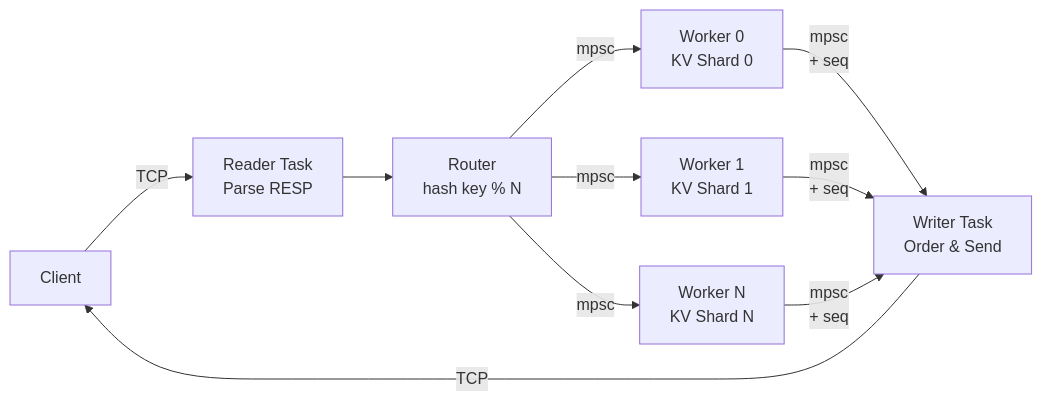
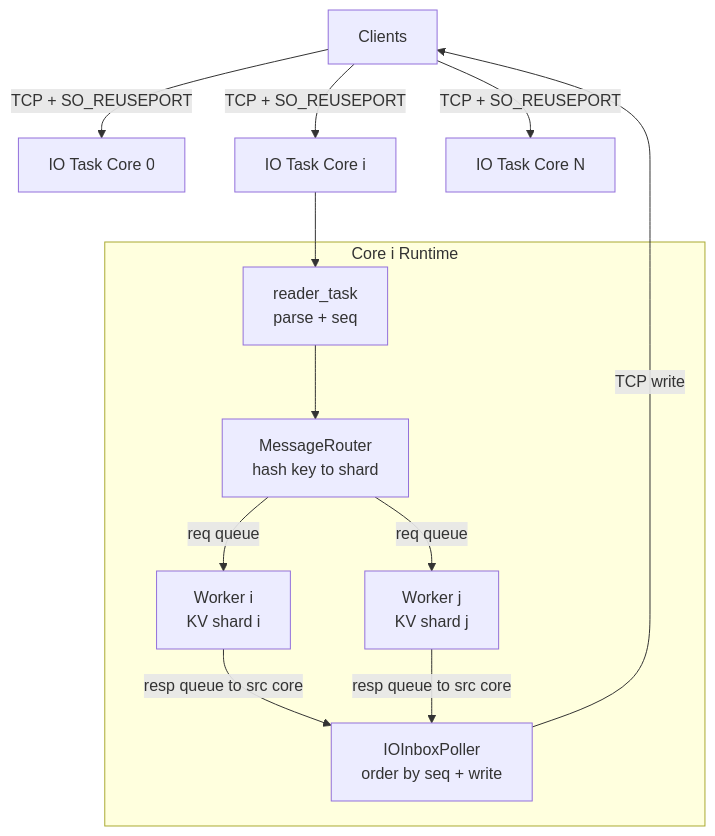
The diagram in README.md (yskim308/rustis), drawn with Mermaid before and after one commit. The commit also changed other lines of this file, not shown here.

Commit message:
update readme with current architecture

````diff
--- a/README.md
+++ b/README.md
@@ -121,16 +142,17 @@
 ```mermaid
-graph LR
-    Client[Client] -->|TCP| Reader[Reader Task<br/>Parse RESP]
-    
-    Reader --> Router[Router<br/>hash key % N]
-    
-    Router -->|mpsc| W0[Worker 0<br/>KV Shard 0]
-    Router -->|mpsc| W1[Worker 1<br/>KV Shard 1]
-    Router -->|mpsc| WN[Worker N<br/>KV Shard N]
-    
-    W0 -->|mpsc<br/>+ seq| Writer[Writer Task<br/>Order & Send]
-    W1 -->|mpsc<br/>+ seq| Writer
-    WN -->|mpsc<br/>+ seq| Writer
-    
-    Writer -->|TCP| Client
+flowchart TD
+    Client[Clients] -->|TCP + SO_REUSEPORT| IO0[IO Task Core 0]
+    Client -->|TCP + SO_REUSEPORT| IOi[IO Task Core i]
+    Client -->|TCP + SO_REUSEPORT| ION[IO Task Core N]
+
+    subgraph Core_i[Core i Runtime]
+        Reader[reader_task<br/>parse + seq] --> Router[MessageRouter<br/>hash key to shard]
+        Router -->|req queue| Wi[Worker i<br/>KV shard i]
+        Router -->|req queue| Wj[Worker j<br/>KV shard j]
+        Wi -->|resp queue to src core| Poller[IOInboxPoller<br/>order by seq + write]
+        Wj -->|resp queue to src core| Poller
+    end
+
+    IOi --> Reader
+    Poller -->|TCP write| Client
 ```
````
